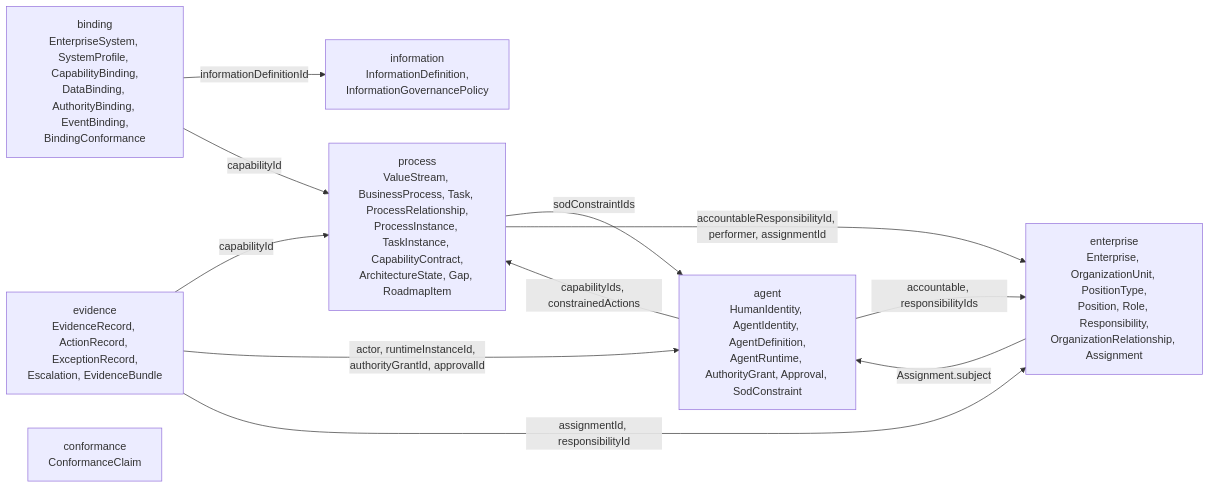
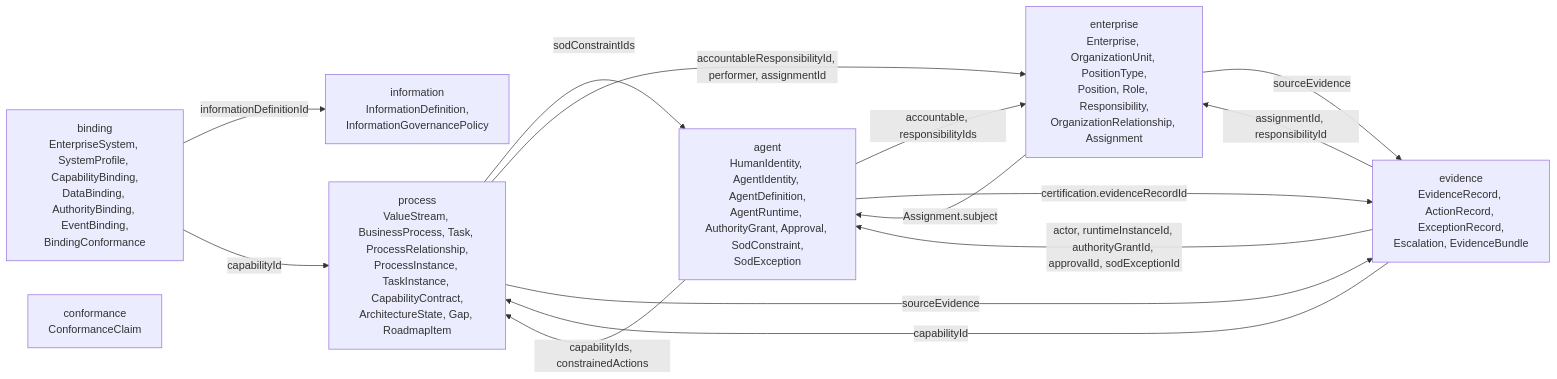
One commit to nauticana/charter changed the diagram in schema/README.md. Above: the diagram before and after it, drawn with Mermaid. The commit also changed other lines of this file and 212 other files, not shown here.

Commit message:
Assignment applicability, agent release governance, and authority lifecycle

````diff
--- a/schema/README.md
+++ b/schema/README.md
@@ -43,21 +43,24 @@
 ```mermaid
 flowchart LR
     binding -->|informationDefinitionId| information
     binding -->|capabilityId| process
     process -->|sodConstraintIds| agent
     process -->|accountableResponsibilityId, performer, assignmentId| enterprise
     evidence -->|capabilityId| process
-    evidence -->|actor, runtimeInstanceId, authorityGrantId, approvalId| agent
+    evidence -->|actor, runtimeInstanceId, authorityGrantId, approvalId, sodExceptionId| agent
     evidence -->|assignmentId, responsibilityId| enterprise
     enterprise -->|Assignment.subject| agent
     agent -->|accountable, responsibilityIds| enterprise
     agent -->|capabilityIds, constrainedActions| process
+    agent -->|certification.evidenceRecordId| evidence
+    enterprise -->|sourceEvidence| evidence
+    process -->|sourceEvidence| evidence
 
     binding["binding<br/>EnterpriseSystem, SystemProfile, CapabilityBinding,<br/>DataBinding, AuthorityBinding, EventBinding,<br/>BindingConformance"]
     information["information<br/>InformationDefinition,<br/>InformationGovernancePolicy"]
     enterprise["enterprise<br/>Enterprise, OrganizationUnit, PositionType,<br/>Position, Role, Responsibility,<br/>OrganizationRelationship, Assignment"]
-    agent["agent<br/>HumanIdentity, AgentIdentity, AgentDefinition,<br/>AgentRuntime, AuthorityGrant, Approval, SodConstraint"]
+    agent["agent<br/>HumanIdentity, AgentIdentity, AgentDefinition,<br/>AgentRuntime, AuthorityGrant, Approval, SodConstraint,<br/>SodException"]
     process["process<br/>ValueStream, BusinessProcess, Task, ProcessRelationship,<br/>ProcessInstance, TaskInstance, CapabilityContract,<br/>ArchitectureState, Gap, RoadmapItem"]
     evidence["evidence<br/>EvidenceRecord, ActionRecord, ExceptionRecord,<br/>Escalation, EvidenceBundle"]
     conformance["conformance<br/>ConformanceClaim"]
 ```
````
